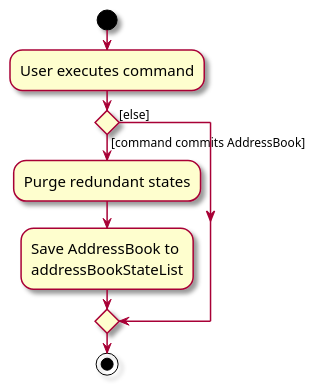
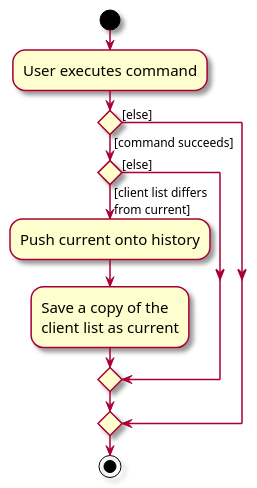
One commit to AY2627S1-CS2103T-T08-4/tp changed the diagram in diagrams/CommitActivityDiagram.puml. Above: the diagram before and after it, drawn with PlantUML. The commit also changed 40 other files, not shown here.

```diff
--- a/diagrams/CommitActivityDiagram.puml
+++ b/diagrams/CommitActivityDiagram.puml
@@ -1,18 +1,22 @@
 @startuml
 skin rose
 skinparam ActivityFontSize 15
 skinparam ArrowFontSize 12
 start
 :User executes command;
 
 'Since the beta syntax does not support placing the condition outside the
 'diamond we place it as the true branch instead.
 
-if () then ([command commits AddressBook])
-    :Purge redundant states;
-    :Save AddressBook to
-    addressBookStateList;
+if () then ([command succeeds])
+    if () then ([client list differs
+from current])
+        :Push current onto history;
+        :Save a copy of the
+        client list as current;
+    else ([else])
+    endif
 else ([else])
 endif
 stop
 @enduml
```
